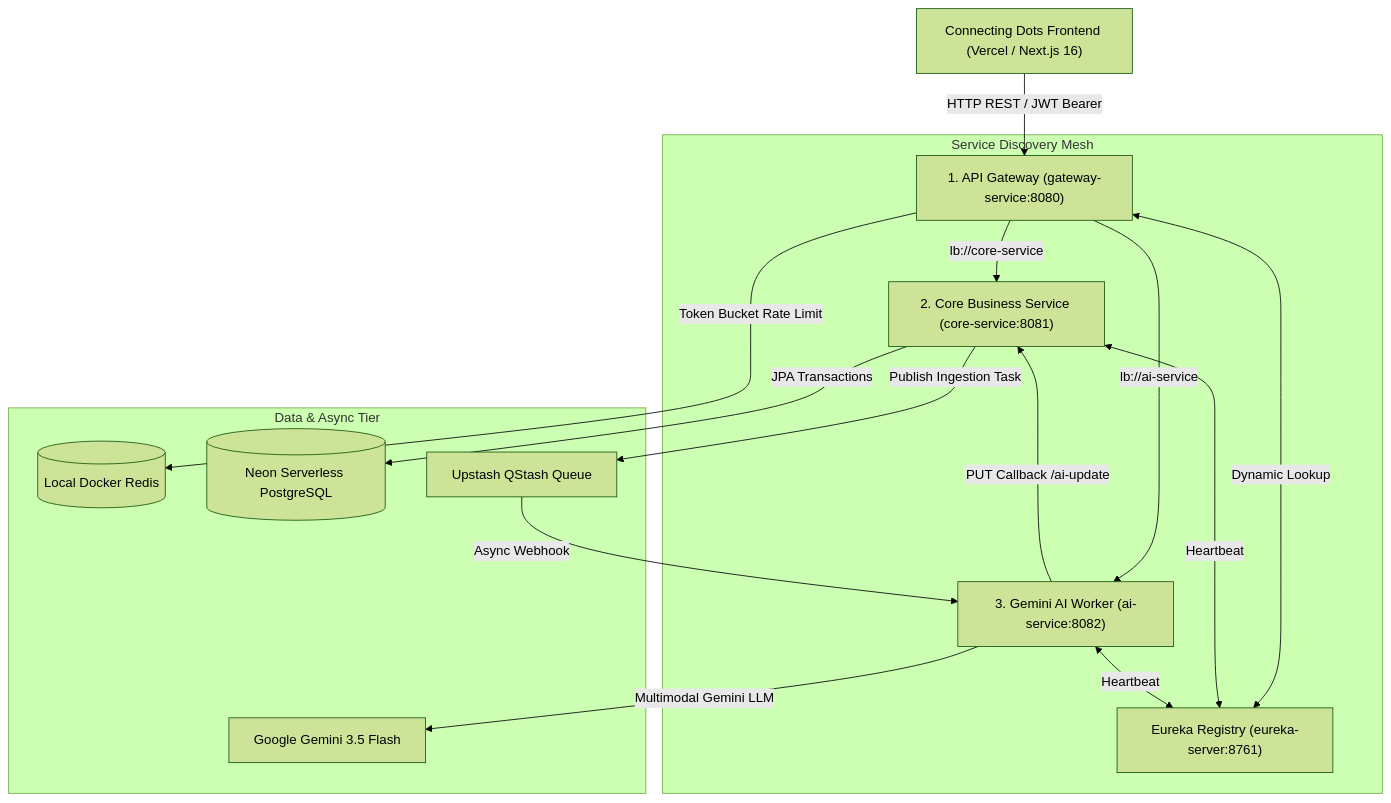
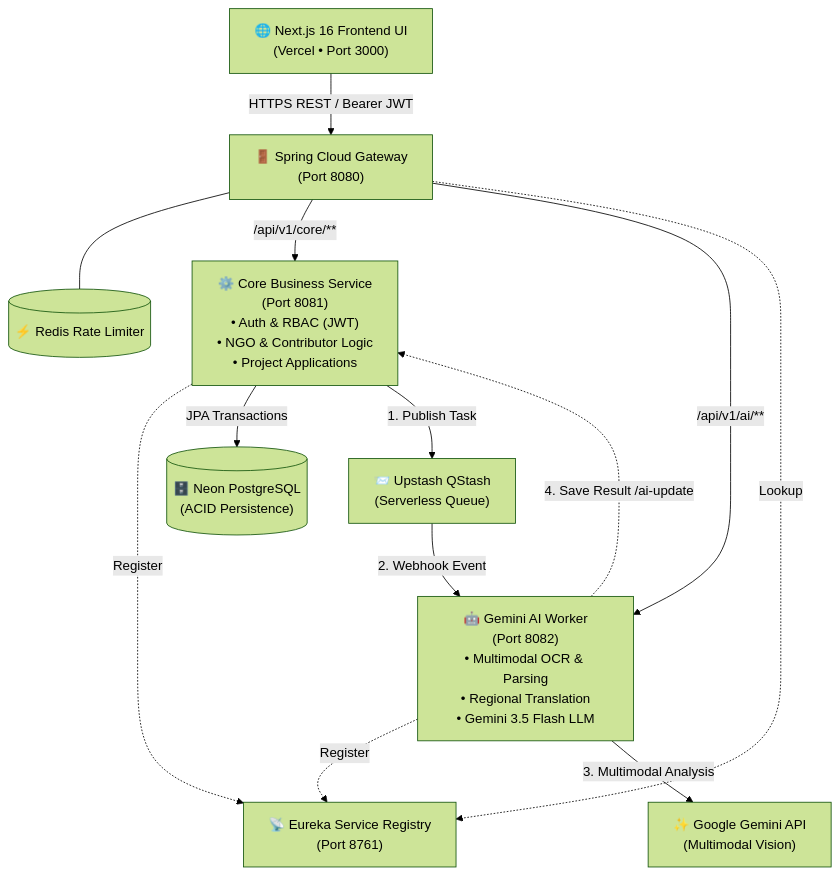
The diagram in README.md (Aditya-Kayasth/Connecting-Dots), drawn with Mermaid (forest theme) before and after one commit. The commit also changed other lines of this file, not shown here.

Commit message:
docs: fix skewed microservices architecture diagram in root README

````diff
--- a/README.md
+++ b/README.md
@@ -43,22 +43,27 @@
 ```mermaid
 flowchart TD
-    Client["Connecting Dots Frontend (Vercel / Next.js 16)"] -->|HTTP REST / JWT Bearer| GW["1. API Gateway (gateway-service:8080)"]
+    Client["🌐 Next.js 16 Frontend UI<br/>(Vercel • Port 3000)"]
+    
+    Client -->|HTTPS REST / Bearer JWT| GW["🚪 Spring Cloud Gateway<br/>(Port 8080)"]
+    GW --- Redis[("⚡ Redis Rate Limiter")]
 
-    subgraph ServiceDiscoveryMesh["Service Discovery Mesh"]
-        Eureka["Eureka Registry (eureka-server:8761)"]
-        GW <-->|Dynamic Lookup| Eureka
-        GW -->|lb://core-service| Core["2. Core Business Service (core-service:8081)"]
-        GW -->|lb://ai-service| AI["3. Gemini AI Worker (ai-service:8082)"]
-        Core <-->|Heartbeat| Eureka
-        AI <-->|Heartbeat| Eureka
-    end
+    Eureka["📡 Eureka Service Registry<br/>(Port 8761)"]
+    Core["⚙️ Core Business Service<br/>(Port 8081)<br/>• Auth & RBAC (JWT)<br/>• NGO & Contributor Logic<br/>• Project Applications"]
+    AI["🤖 Gemini AI Worker<br/>(Port 8082)<br/>• Multimodal OCR & Parsing<br/>• Regional Translation<br/>• Gemini 3.5 Flash LLM"]
 
-    subgraph DataAsyncTier["Data & Async Tier"]
-        GW -->|Token Bucket Rate Limit| Redis[("Local Docker Redis")]
-        Core -->|JPA Transactions| DB[("Neon Serverless PostgreSQL")]
-        Core -->|Publish Ingestion Task| QStash["Upstash QStash Queue"]
-        QStash -->|Async Webhook| AI
-        AI -->|Multimodal Gemini LLM| Gemini["Google Gemini 3.5 Flash"]
-        AI -->|PUT Callback /ai-update| Core
-    end
+    GW -->|/api/v1/core/**| Core
+    GW -->|/api/v1/ai/**| AI
+    GW -.->|Lookup| Eureka
+    Core -.->|Register| Eureka
+    AI -.->|Register| Eureka
+
+    DB[("🗄️ Neon PostgreSQL<br/>(ACID Persistence)")]
+    QStash["📨 Upstash QStash<br/>(Serverless Queue)"]
+    Gemini["✨ Google Gemini API<br/>(Multimodal Vision)"]
+
+    Core -->|JPA Transactions| DB
+    Core -->|1. Publish Task| QStash
+    QStash -->|2. Webhook Event| AI
+    AI -->|3. Multimodal Analysis| Gemini
+    AI -.->|4. Save Result /ai-update| Core
 ```
````
